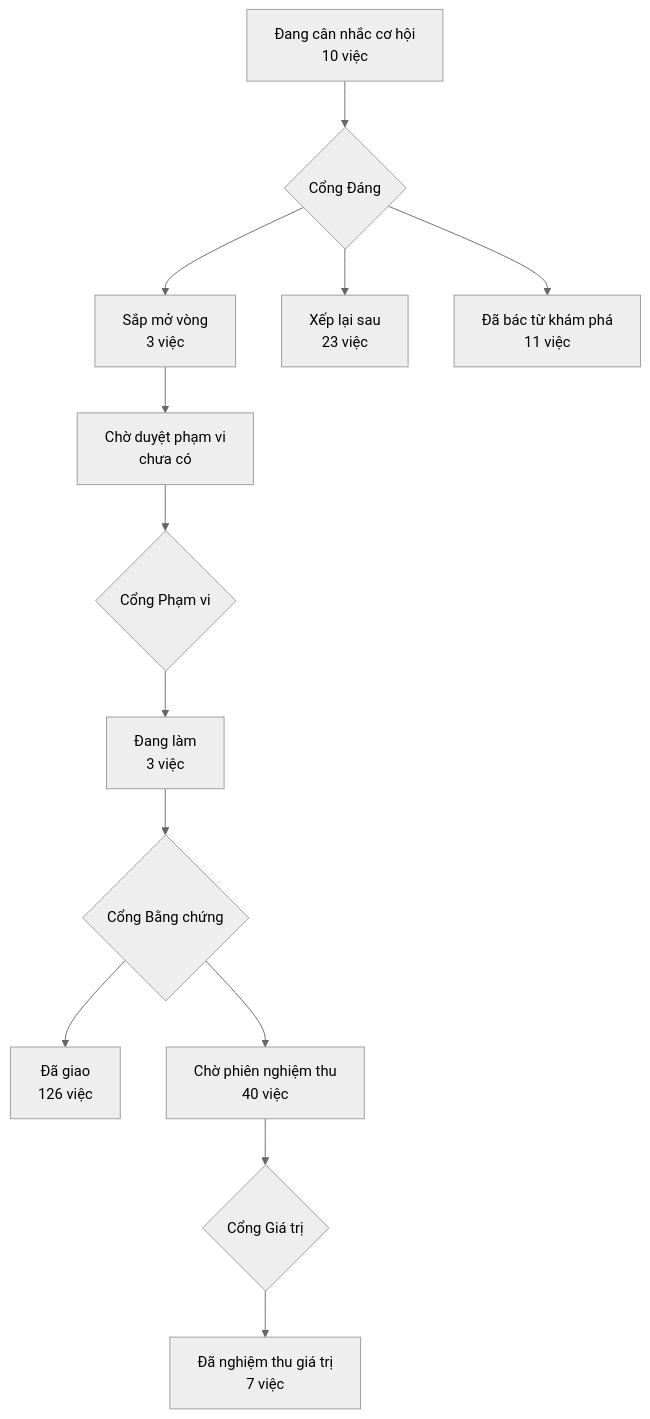
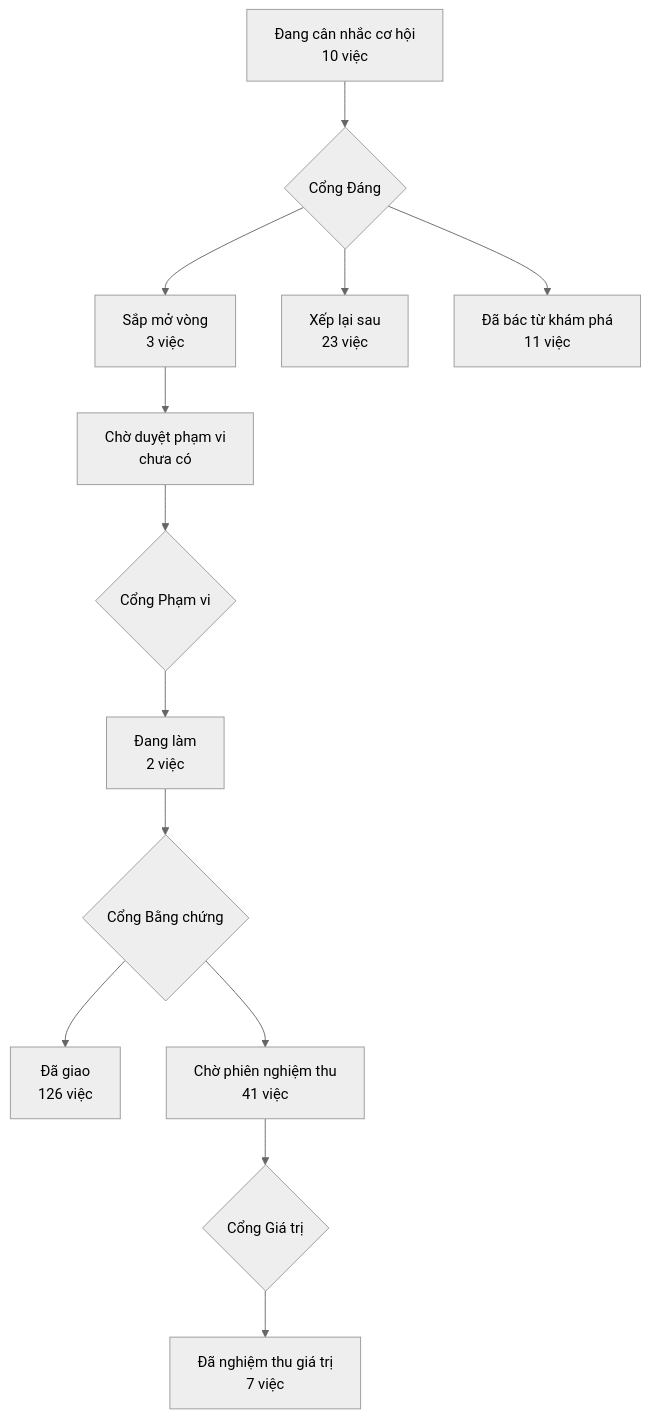
One commit to phanlemanh/acceptance-gate-kit changed the diagram in PRODUCT-MAP.md. Above: the diagram before and after it, drawn with Mermaid (neutral theme). The commit also changed 7 other files, not shown here.

````diff
--- a/PRODUCT-MAP.md
+++ b/PRODUCT-MAP.md
@@ -7,12 +7,12 @@
 ```mermaid
 flowchart TD
   A["Đang cân nhắc cơ hội<br/>10 việc"] --> GD{"Cổng Đáng"}
   GD --> B["Sắp mở vòng<br/>3 việc"]
   GD --> XL["Xếp lại sau<br/>23 việc"]
   GD --> DB["Đã bác từ khám phá<br/>11 việc"]
   B --> CD["Chờ duyệt phạm vi<br/>chưa có"] --> GP{"Cổng Phạm vi"}
-  GP --> DL["Đang làm<br/>3 việc"] --> GB{"Cổng Bằng chứng"}
+  GP --> DL["Đang làm<br/>2 việc"] --> GB{"Cổng Bằng chứng"}
   GB --> DG["Đã giao<br/>126 việc"]
-  GB --> CN["Chờ phiên nghiệm thu<br/>40 việc"] --> GG{"Cổng Giá trị"}
+  GB --> CN["Chờ phiên nghiệm thu<br/>41 việc"] --> GG{"Cổng Giá trị"}
   GG --> NT["Đã nghiệm thu giá trị<br/>7 việc"]
 ```
````
